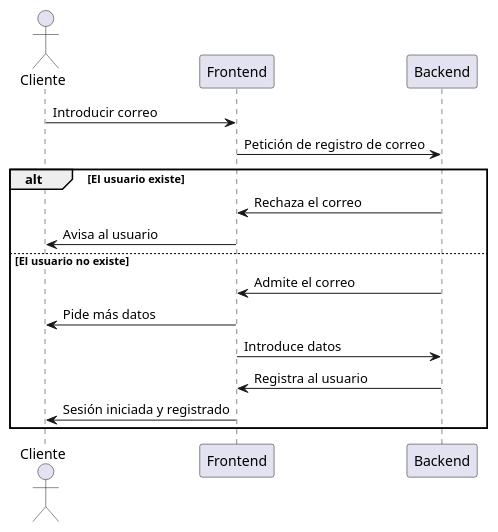
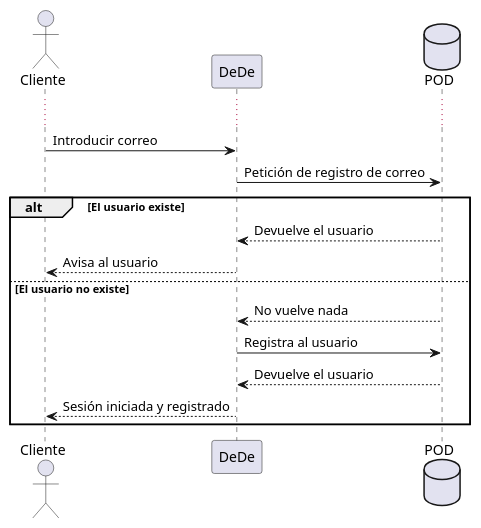
One commit to Arquisoft/Arquisoft-dede_es_02b changed the fourth of 6 diagrams in docs/06_runtime_view.adoc. Above: the diagram before and after it, drawn with PlantUML. The commit also changed other lines of this file, not shown here.

Commit message:
Actualización de diagramas doc6

```diff
--- a/docs/06_runtime_view.adoc
+++ b/docs/06_runtime_view.adoc
@@ -50,18 +67,21 @@
 [plantuml,"Diagrama Registro",png]
 ----
 actor Cliente
-participant Frontend
-participant Backend
-Cliente -> Frontend: Introducir correo
-Frontend -> Backend: Petición de registro de correo
+participant DeDe
+database POD
+
+skinparam responseMessageBelowArrow true
+...
+
+Cliente -> DeDe: Introducir correo
+DeDe -> POD: Petición de registro de correo
 alt El usuario existe
-    Backend -> Frontend: Rechaza el correo
-    Frontend -> Cliente: Avisa al usuario
+    POD --> DeDe: Devuelve el usuario
+    DeDe --> Cliente: Avisa al usuario
 else El usuario no existe
-    Backend -> Frontend: Admite el correo
-    Frontend -> Cliente: Pide más datos
-    Frontend -> Backend: Introduce datos
-    Backend -> Frontend: Registra al usuario
-    Frontend -> Cliente: Sesión iniciada y registrado
+    POD --> DeDe: No vuelve nada
+    DeDe -> POD: Registra al usuario
+    POD --> DeDe: Devuelve el usuario
+    DeDe --> Cliente: Sesión iniciada y registrado
 end
 ----
```
